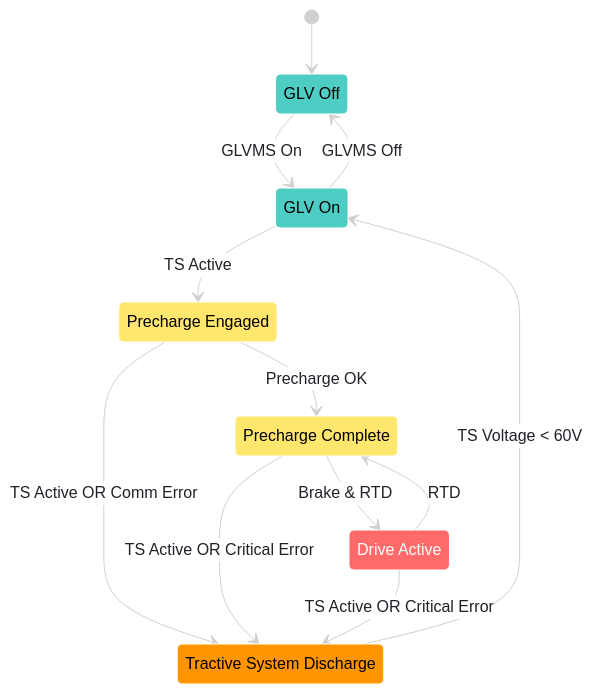
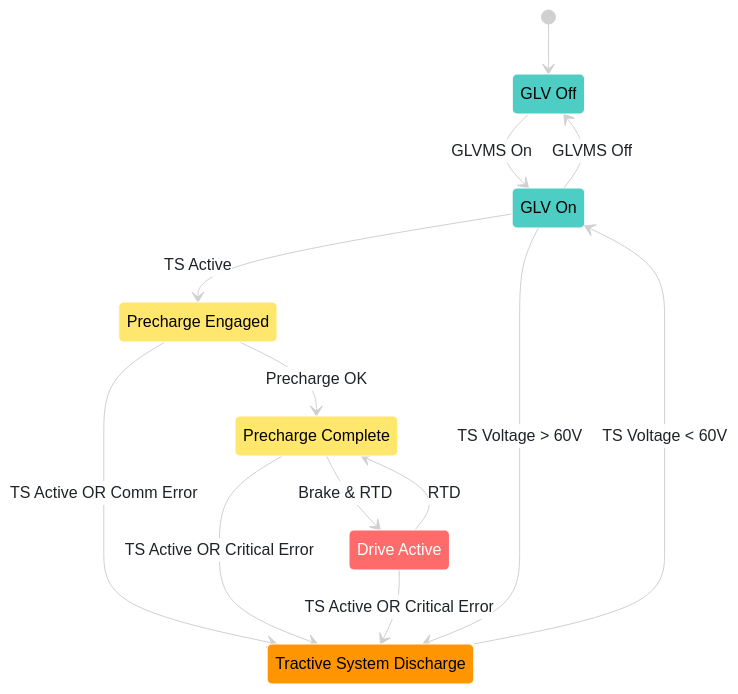
The diagram in Lib/GlobalShare/StateMachine.md (Gaucho-Racing/Firmware), drawn with Mermaid before and after one commit.

Commit message:
Add transition for GLV_On to Tractive_System_Discharge based on voltage condition

````diff
--- a/Lib/GlobalShare/StateMachine.md
+++ b/Lib/GlobalShare/StateMachine.md
@@ -9,67 +9,68 @@
 ```mermaid
 %%{init: {
   'theme': 'base',
   'themeVariables': {
     'primaryColor': '#ff6b6b',
     'primaryTextColor': '#1f2328',
     'lineColor': '#d0d0d0',
     'edgeLabelBackground': 'rgba(255,255,255,0.9)',
     'transitionLabelColor': '#1f2328',
     'secondaryColor': '#4ecdc4',
     'tertiaryColor': '#ffe66d',
     'background': 'transparent',
     'mainBkg': 'transparent',
     'secondBkg': 'transparent',
     'tertiaryBkg': 'transparent'
   },
   'themeCSS': '.transition { stroke: #d0d0d0; } marker path { fill: #d0d0d0; stroke: #d0d0d0; }'
 }}%%
 
 stateDiagram
 
     [*] --> GLV_Off
 
     %% Main horizontal flow (top row)
     GLV_Off --> GLV_On : GLVMS On
     GLV_On --> GLV_Off : GLVMS Off
     GLV_On --> Precharge_Engaged : TS Active
     Precharge_Engaged --> Precharge_Complete : Precharge OK
     Precharge_Complete --> Drive_Active : Brake & RTD
 
     %% Normal Operation Cycle (horizontal)
     Drive_Active --> Precharge_Complete : RTD
 
     %% Discharge state positioned below
     GLV_Off
     GLV_On
     Precharge_Engaged
     Precharge_Complete
     Drive_Active
     Tractive_System_Discharge
 
     %% Downward transitions to discharge
     Precharge_Engaged --> Tractive_System_Discharge : TS Active OR Comm Error
     Precharge_Complete --> Tractive_System_Discharge : TS Active OR Critical Error
     Drive_Active --> Tractive_System_Discharge : TS Active OR Critical Error
+    GLV_On --> Tractive_System_Discharge : TS Voltage > 60V
 
     %% Return upward from discharge
     Tractive_System_Discharge --> GLV_On : TS Voltage < 60V
 
     %% State Descriptions
     GLV_Off : GLV Off
     GLV_On : GLV On
     Precharge_Engaged : Precharge Engaged
     Precharge_Complete : Precharge Complete
     Drive_Active : Drive Active
     Tractive_System_Discharge : Tractive System Discharge
 
     classDef safeState fill:#4ecdc4,stroke:#ffffff,stroke-width:1px,color:#000
     classDef hvState fill:#ff6b6b,stroke:#ffffff,stroke-width:1px,color:#fff
     classDef transitionState fill:#ffe66d,stroke:#ffffff,stroke-width:1px,color:#000
     classDef dischargeState fill:#ff9500,stroke:#ffffff,stroke-width:1px,color:#000
 
     class GLV_Off,GLV_On safeState
     class Drive_Active hvState
     class Precharge_Engaged,Precharge_Complete transitionState
     class Tractive_System_Discharge dischargeState
 ```
````
